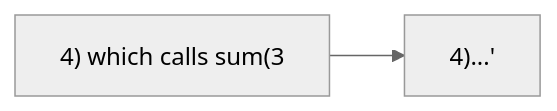
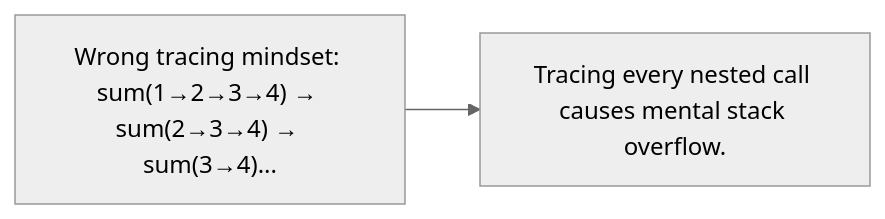
Before and after one commit to SaiHarsha502vvit/Daily-Prep: the first of 13 diagrams in 14_Mental_Models/01_Recursion_Tree_Thinking.md, drawn with Mermaid (neutral theme). The commit also changed other lines of this file and 371 other files, not shown here.

Commit message:
docs: refine flow blocks and readability across prep notes

````diff
--- a/14_Mental_Models/01_Recursion_Tree_Thinking.md
+++ b/14_Mental_Models/01_Recursion_Tree_Thinking.md
@@ -39,6 +41,6 @@
 ```mermaid
 flowchart LR
-    N1["4) which calls sum(3"]
-    N2["4)...'"]
+    N1["Wrong tracing mindset: sum(1→2→3→4) → sum(2→3→4) → sum(3→4)..."]
+    N2["Tracing every nested call causes mental stack overflow."]
     N1 --> N2
 ```
````
